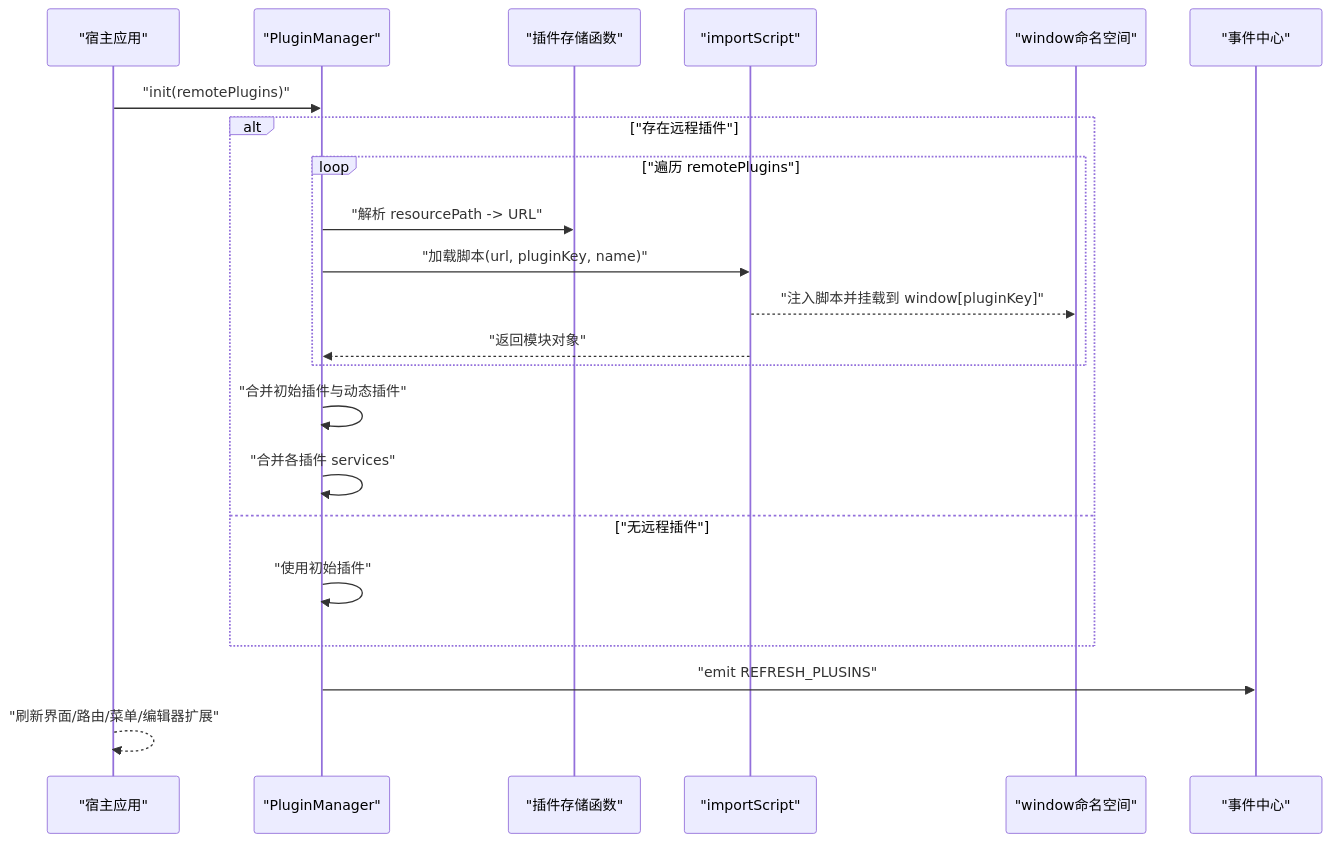
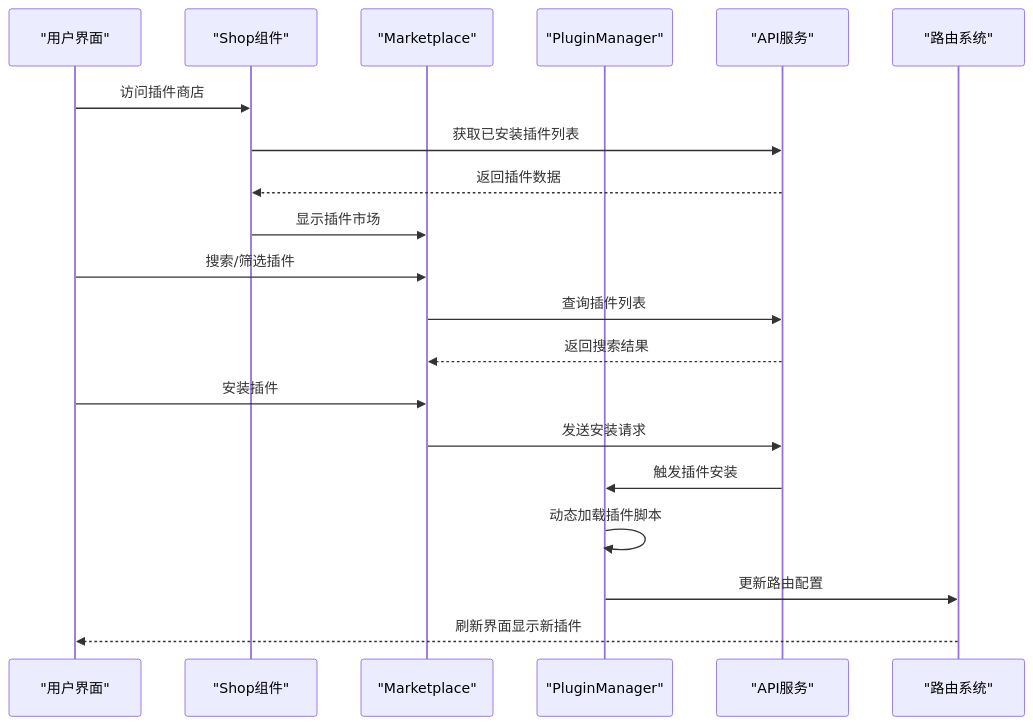
The second of 5 diagrams in .qoder/repowiki/zh/content/核心模块/插件管理系统.md (LRF0422/Kotion), drawn with Mermaid before and after one commit. The commit also changed other lines of this file and 75 other files, not shown here.

````diff
--- a/.qoder/repowiki/zh/content/核心模块/插件管理系统.md
+++ b/.qoder/repowiki/zh/content/核心模块/插件管理系统.md
@@ -130,24 +122,22 @@
 ```mermaid
 sequenceDiagram
-participant Host as "宿主应用"
+participant User as "用户界面"
+participant Shop as "Shop组件"
+participant Market as "Marketplace"
 participant PM as "PluginManager"
-participant Store as "插件存储函数"
-participant Loader as "importScript"
-participant Win as "window命名空间"
-participant Event as "事件中心"
-Host->>PM : "init(remotePlugins)"
-alt "存在远程插件"
-loop "遍历 remotePlugins"
-PM->>Store : "解析 resourcePath -> URL"
-PM->>Loader : "加载脚本(url, pluginKey, name)"
-Loader-->>Win : "注入脚本并挂载到 window[pluginKey]"
-Loader-->>PM : "返回模块对象"
-end
-PM->>PM : "合并初始插件与动态插件"
-PM->>PM : "合并各插件 services"
-else "无远程插件"
-PM->>PM : "使用初始插件"
-end
-PM->>Event : "emit REFRESH_PLUSINS"
-Host-->>Host : "刷新界面/路由/菜单/编辑器扩展"
+participant API as "API服务"
+participant Router as "路由系统"
+User->>Shop : 访问插件商店
+Shop->>API : 获取已安装插件列表
+API-->>Shop : 返回插件数据
+Shop->>Market : 显示插件市场
+User->>Market : 搜索/筛选插件
+Market->>API : 查询插件列表
+API-->>Market : 返回搜索结果
+User->>Market : 安装插件
+Market->>API : 发送安装请求
+API->>PM : 触发插件安装
+PM->>PM : 动态加载插件脚本
+PM->>Router : 更新路由配置
+Router-->>User : 刷新界面显示新插件
 ```
````
